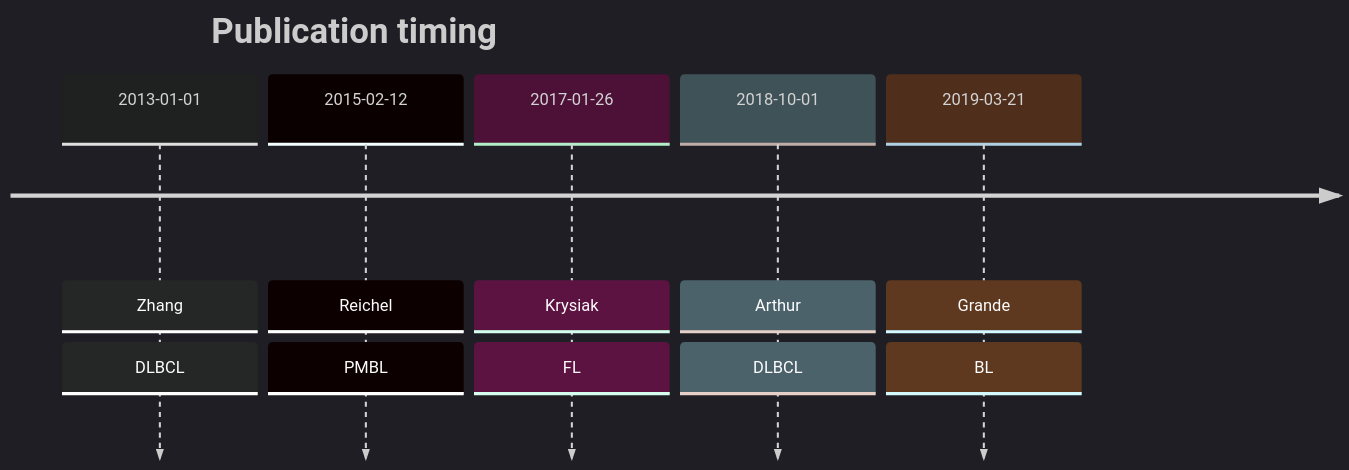
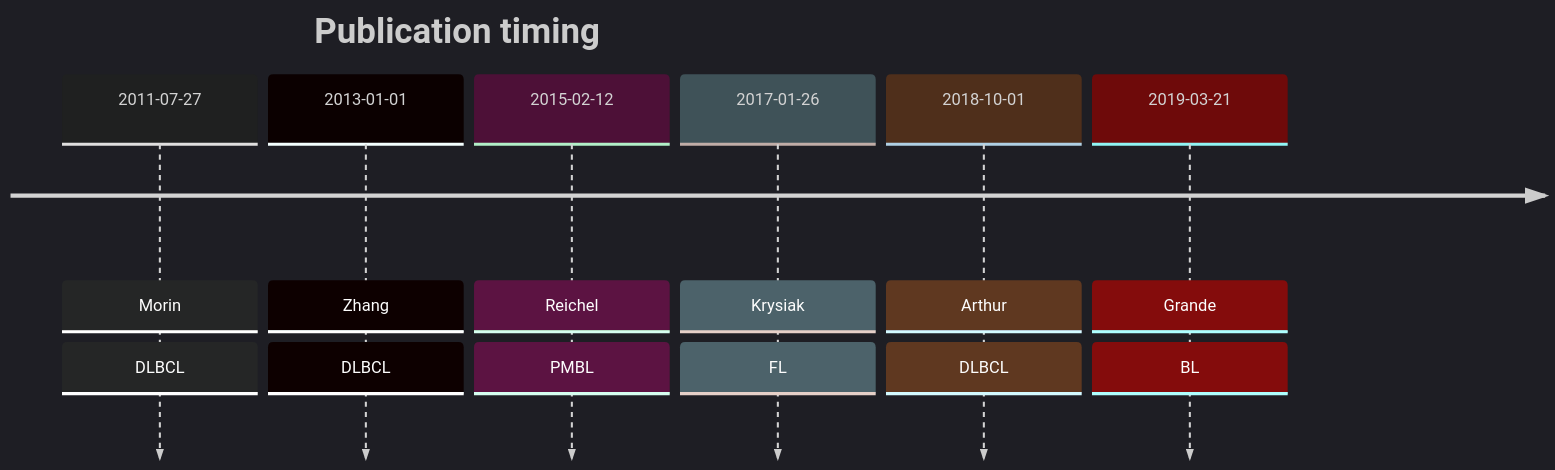
The diagram in BCL7A.md (morinlab/lymphopedia), drawn with Mermaid before and after one commit. The commit also changed other lines of this file, not shown here.

````diff
--- a/BCL7A.md
+++ b/BCL7A.md
@@ -15,10 +15,11 @@
 ```mermaid
 %%{init: { 'logLevel': 'debug', 'theme': 'dark' } }%%
 timeline
     title Publication timing
+      2011-07-27 : Morin : DLBCL
       2013-01-01 : Zhang : DLBCL
       2015-02-12 : Reichel : PMBL
       2017-01-26 : Krysiak : FL
       2018-10-01 : Arthur : DLBCL
       2019-03-21 : Grande : BL
 ```
````
